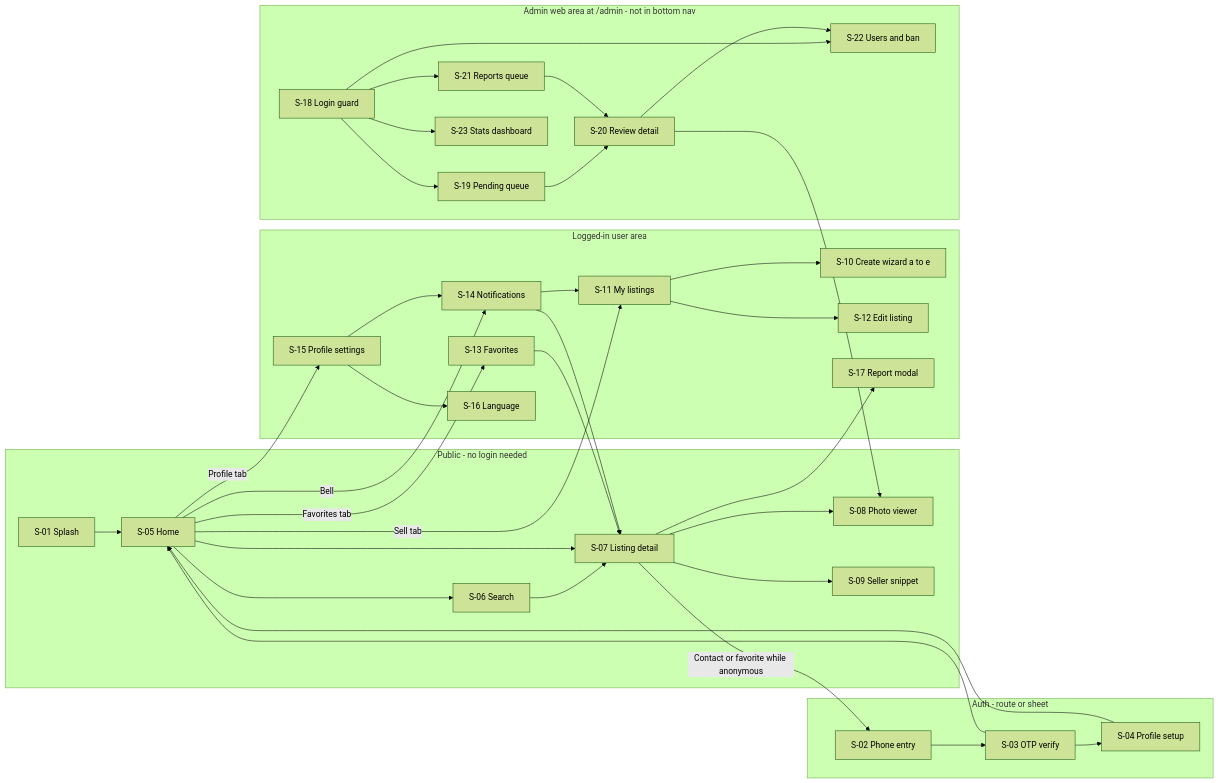
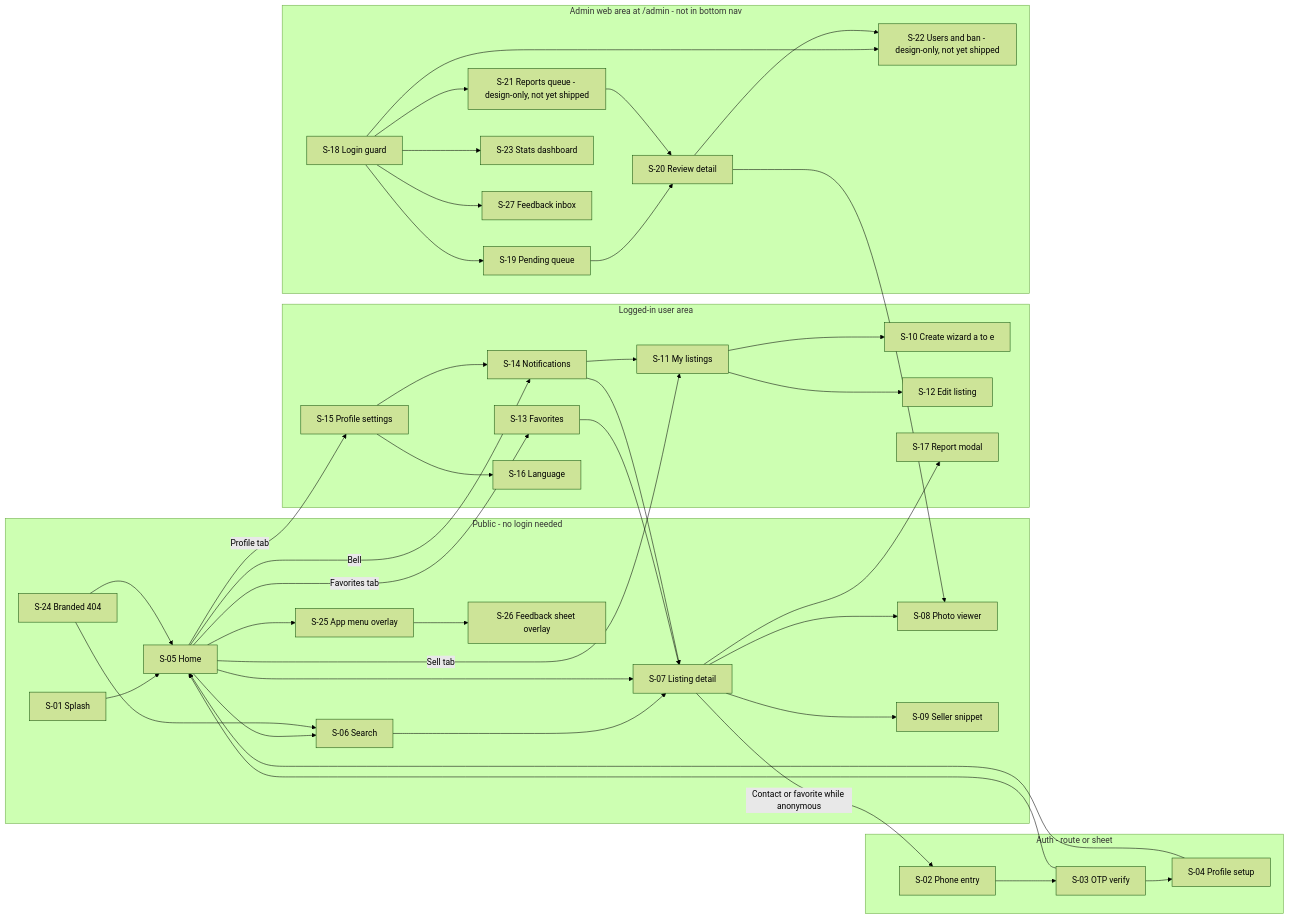
Before and after one commit to abhishekSonawane97/pashusetu: the eighth of 8 diagrams in docs/06-user-flows/README.md, drawn with Mermaid (forest theme). The commit also changed other lines of this file and 11 other files, not shown here.

````diff
--- a/docs/06-user-flows/README.md
+++ b/docs/06-user-flows/README.md
@@ -466,65 +478,74 @@
 ```mermaid
 flowchart LR
     subgraph PUB["Public - no login needed"]
         S01["S-01 Splash"]
         S05["S-05 Home"]
         S06["S-06 Search"]
         S07["S-07 Listing detail"]
         S08["S-08 Photo viewer"]
         S09["S-09 Seller snippet"]
+        S24["S-24 Branded 404"]
+        S25["S-25 App menu overlay"]
+        S26["S-26 Feedback sheet overlay"]
     end
     subgraph AUTH["Auth - route or sheet"]
         S02["S-02 Phone entry"]
         S03["S-03 OTP verify"]
         S04["S-04 Profile setup"]
     end
     subgraph USR["Logged-in user area"]
         S10["S-10 Create wizard a to e"]
         S11["S-11 My listings"]
         S12["S-12 Edit listing"]
         S13["S-13 Favorites"]
         S14["S-14 Notifications"]
         S15["S-15 Profile settings"]
         S16["S-16 Language"]
         S17["S-17 Report modal"]
     end
     subgraph ADM["Admin web area at /admin - not in bottom nav"]
         S18["S-18 Login guard"]
         S19["S-19 Pending queue"]
         S20["S-20 Review detail"]
-        S21["S-21 Reports queue"]
-        S22["S-22 Users and ban"]
+        S21["S-21 Reports queue - design-only, not yet shipped"]
+        S22["S-22 Users and ban - design-only, not yet shipped"]
         S23["S-23 Stats dashboard"]
+        S27["S-27 Feedback inbox"]
     end
     S01 --> S05
     S05 --> S06
     S06 --> S07
     S05 --> S07
+    S05 --> S25
+    S25 --> S26
+    S24 --> S05
+    S24 --> S06
     S07 --> S08
     S07 --> S09
     S07 --> S17
     S07 -->|"Contact or favorite while anonymous"| S02
     S02 --> S03
     S03 --> S04
     S04 --> S05
     S03 --> S05
     S05 -->|"Sell tab"| S11
     S11 --> S10
     S11 --> S12
     S05 -->|"Favorites tab"| S13
     S13 --> S07
     S05 -->|"Profile tab"| S15
     S15 --> S16
     S15 --> S14
     S05 -->|"Bell"| S14
     S14 --> S07
     S14 --> S11
     S18 --> S19
     S19 --> S20
     S18 --> S21
     S21 --> S20
     S18 --> S22
     S20 --> S22
     S18 --> S23
+    S18 --> S27
     S20 --> S08
 ```
````
